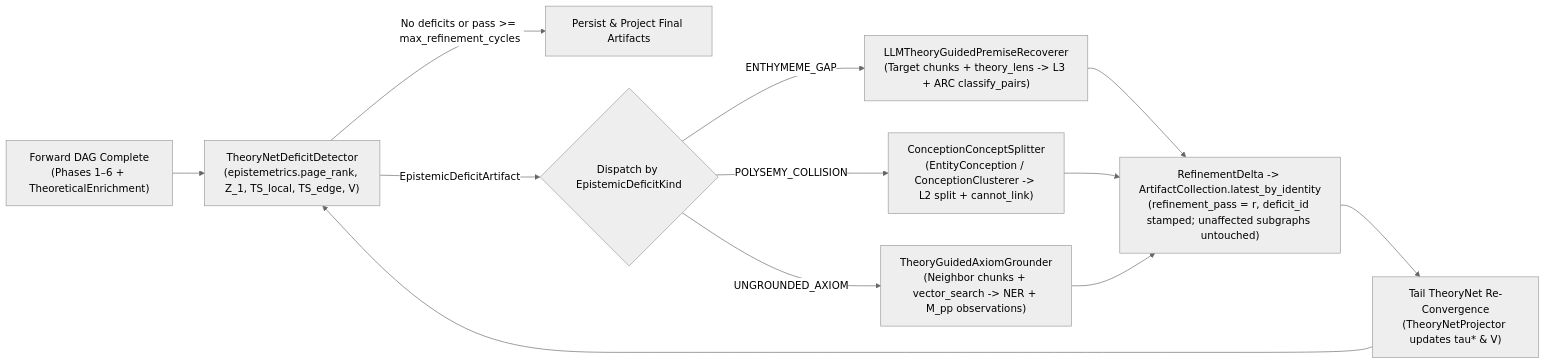
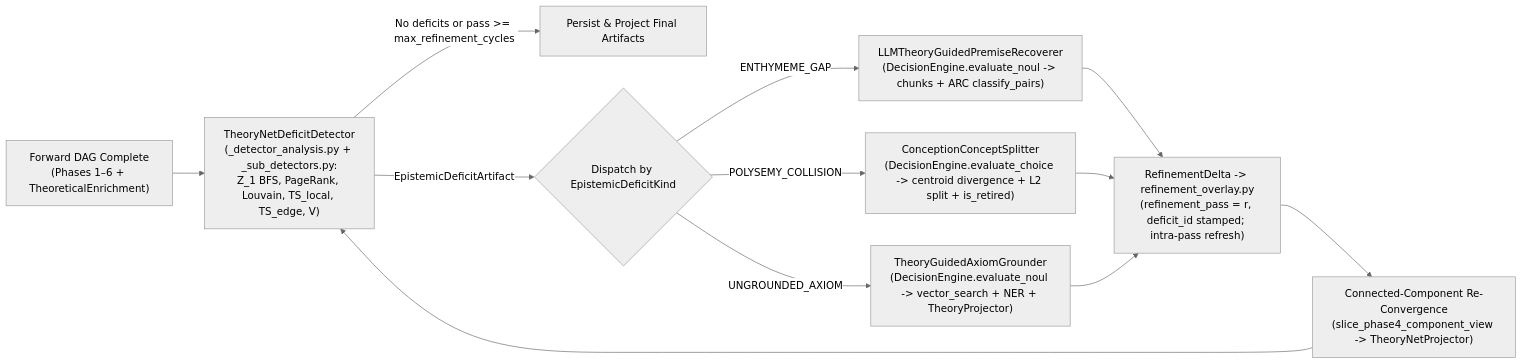
One commit to maxoem/EpistemeX changed the second of 3 diagrams in docs/architecture/pipeline_architecture.md. Above: the diagram before and after it, drawn with Mermaid (neutral theme). The commit also changed other lines of this file and 9 other files, not shown here.

````diff
--- a/docs/architecture/pipeline_architecture.md
+++ b/docs/architecture/pipeline_architecture.md
@@ -241,12 +241,12 @@
 ```mermaid
 flowchart LR
-    FWD["Forward DAG Complete<br/>(Phases 1–6 + TheoreticalEnrichment)"] --> DETECT["TheoryNetDeficitDetector<br/>(epistemetrics.page_rank, Z_1, TS_local, TS_edge, V)"]
+    FWD["Forward DAG Complete<br/>(Phases 1–6 + TheoreticalEnrichment)"] --> DETECT["TheoryNetDeficitDetector<br/>(_detector_analysis.py + _sub_detectors.py:<br/>Z_1 BFS, PageRank, Louvain, TS_local, TS_edge, V)"]
     DETECT -->|No deficits or pass >= max_refinement_cycles| DONE["Persist & Project Final Artifacts"]
     DETECT -->|EpistemicDeficitArtifact| LOOP{"Dispatch by EpistemicDeficitKind"}
-    LOOP -->|ENTHYMEME_GAP| G1["LLMTheoryGuidedPremiseRecoverer<br/>(Target chunks + theory_lens -> L3 + ARC classify_pairs)"]
-    LOOP -->|POLYSEMY_COLLISION| G2["ConceptionConceptSplitter<br/>(EntityConception / ConceptionClusterer -> L2 split + cannot_link)"]
-    LOOP -->|UNGROUNDED_AXIOM| G3["TheoryGuidedAxiomGrounder<br/>(Neighbor chunks + vector_search -> NER + M_pp observations)"]
-    G1 & G2 & G3 --> DELTA["RefinementDelta -> ArtifactCollection.latest_by_identity<br/>(refinement_pass = r, deficit_id stamped; unaffected subgraphs untouched)"]
-    DELTA --> RECONV["Tail TheoryNet Re-Convergence<br/>(TheoryNetProjector updates tau* & V)"]
+    LOOP -->|ENTHYMEME_GAP| G1["LLMTheoryGuidedPremiseRecoverer<br/>(DecisionEngine.evaluate_noul -> chunks + ARC classify_pairs)"]
+    LOOP -->|POLYSEMY_COLLISION| G2["ConceptionConceptSplitter<br/>(DecisionEngine.evaluate_choice -> centroid divergence + L2 split + is_retired)"]
+    LOOP -->|UNGROUNDED_AXIOM| G3["TheoryGuidedAxiomGrounder<br/>(DecisionEngine.evaluate_noul -> vector_search + NER + TheoryProjector)"]
+    G1 & G2 & G3 --> DELTA["RefinementDelta -> refinement_overlay.py<br/>(refinement_pass = r, deficit_id stamped; intra-pass refresh)"]
+    DELTA --> RECONV["Connected-Component Re-Convergence<br/>(slice_phase4_component_view -> TheoryNetProjector)"]
     RECONV --> DETECT
 ```
````
